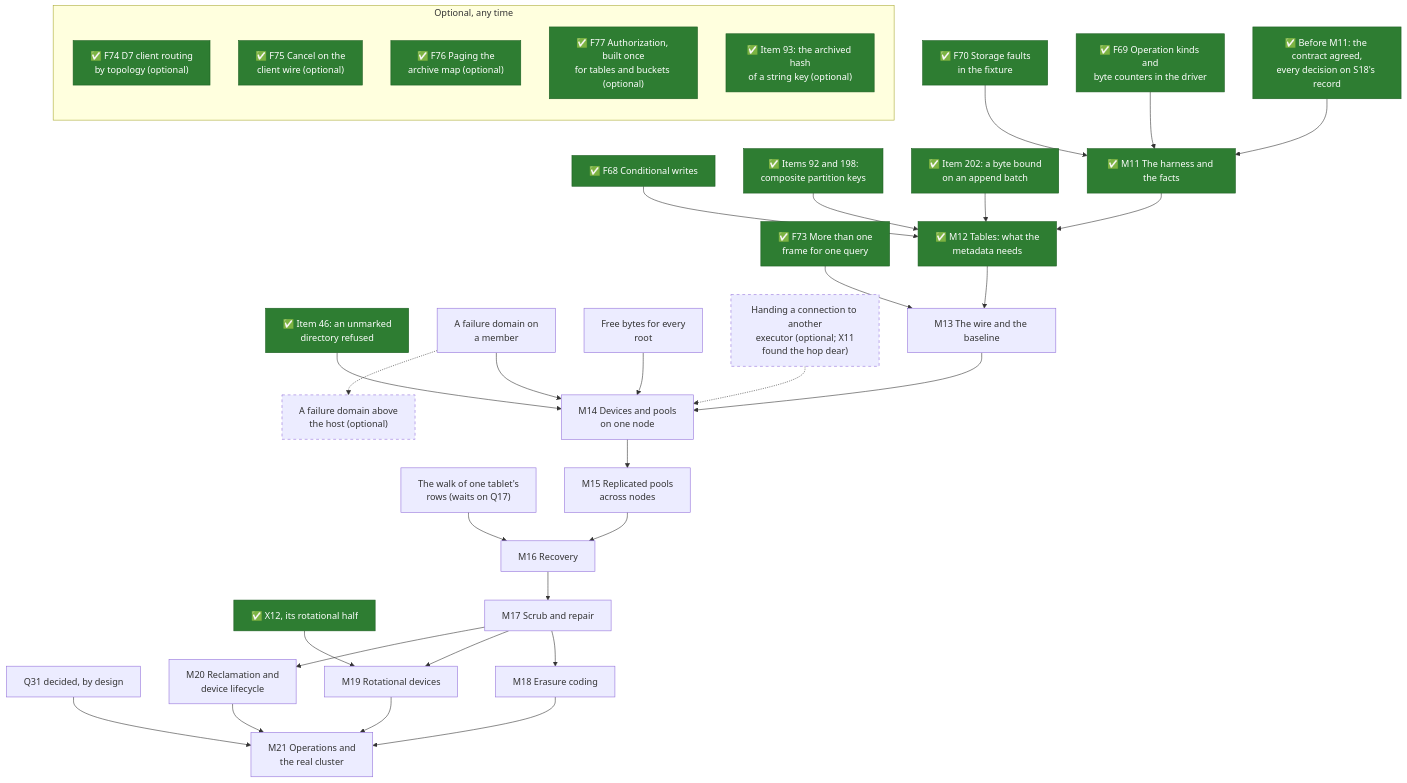
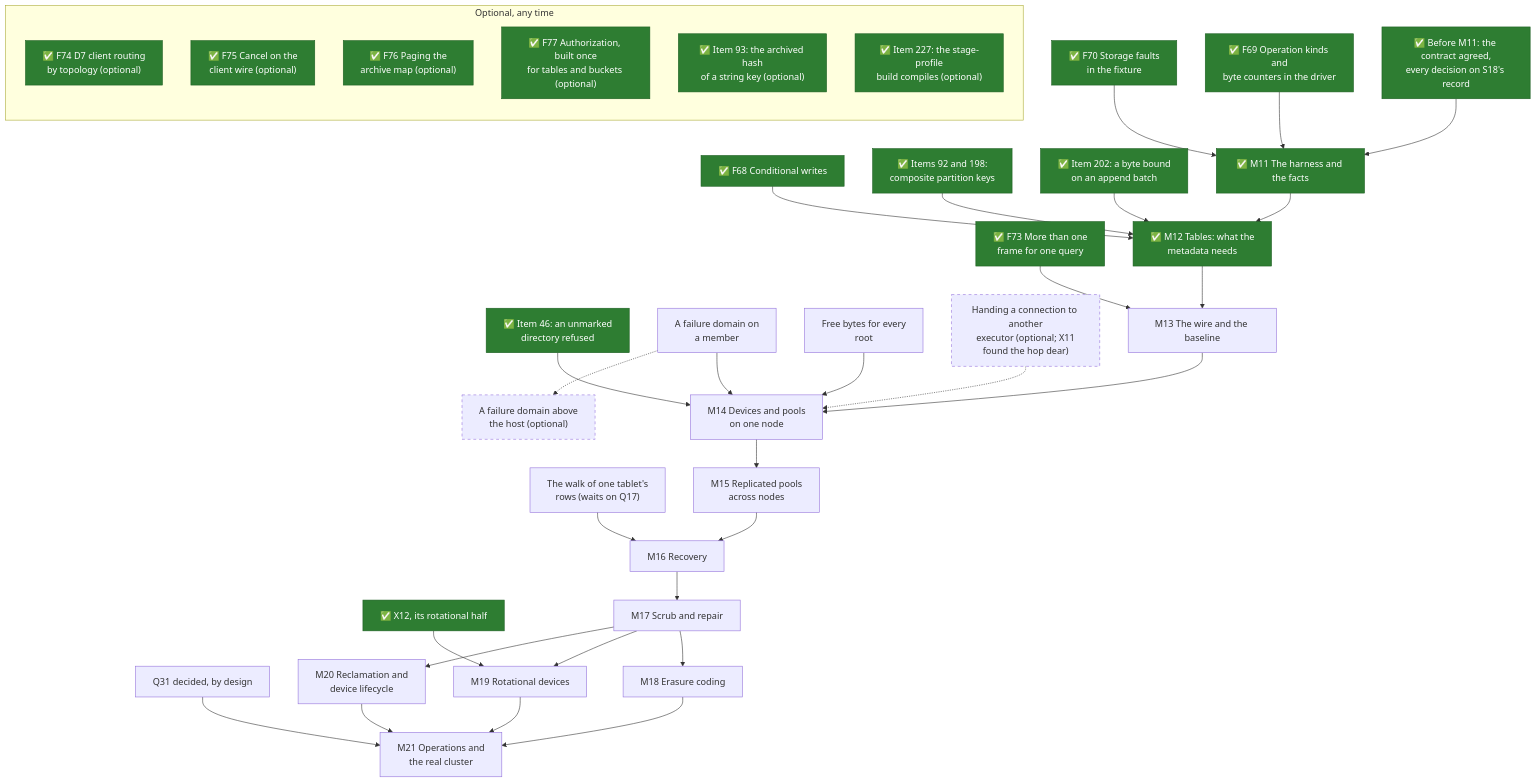
One commit to mjcarson/shoal changed the second of 2 diagrams in docs/src/object-storage/whats-left-todo.md. Above: the diagram before and after it, drawn with Mermaid. The commit also changed other lines of this file and 13 other files, not shown here.

````diff
--- a/docs/src/object-storage/whats-left-todo.md
+++ b/docs/src/object-storage/whats-left-todo.md
@@ -134,57 +136,58 @@
 ```mermaid
 flowchart TB
     classDef done fill:#2e7d32,stroke:#1b5e20,color:#ffffff
     classDef optional stroke-dasharray: 5 5
     Gate["✅ Before M11: the contract agreed,<br>every decision on S18's record"]:::done
     F69["✅ F69 Operation kinds and<br>byte counters in the driver"]:::done
     F70["✅ F70 Storage faults<br>in the fixture"]:::done
     F68["✅ F68 Conditional writes"]:::done
     I198["✅ Items 92 and 198:<br>composite partition keys"]:::done
     I202["✅ Item 202: a byte bound<br>on an append batch"]:::done
     I46["✅ Item 46: an unmarked<br>directory refused"]:::done
     Frames["✅ F73 More than one<br>frame for one query"]:::done
     Domain["A failure domain on<br>a member"]
     Free["Free bytes for every<br>root"]
     Walk["The walk of one tablet's<br>rows (waits on Q17)"]
     Handoff["Handing a connection to another<br>executor (optional; X11<br>found the hop dear)"]:::optional
     Rack["A failure domain above<br>the host (optional)"]:::optional
     X12r["✅ X12, its rotational half"]:::done
     Q31["Q31 decided, by design"]
     M11["✅ M11 The harness and the facts"]:::done
     M12["✅ M12 Tables: what the<br>metadata needs"]:::done
     M13["M13 The wire and the baseline"]
     M14["M14 Devices and pools<br>on one node"]
     M15["M15 Replicated pools<br>across nodes"]
     M16["M16 Recovery"]
     M17["M17 Scrub and repair"]
     M18["M18 Erasure coding"]
     M19["M19 Rotational devices"]
     M20["M20 Reclamation and<br>device lifecycle"]
     M21["M21 Operations and<br>the real cluster"]
     Gate --> M11 --> M12 --> M13 --> M14 --> M15 --> M16 --> M17
     M17 --> M18 --> M21
     M17 --> M19 --> M21
     M17 --> M20 --> M21
     F69 --> M11
     F70 --> M11
     F68 --> M12
     I198 --> M12
     I202 --> M12
     Frames --> M13
     I46 --> M14
     Domain --> M14
     Free --> M14
     Handoff -.-> M14
     Domain -.-> Rack
     Walk --> M16
     X12r --> M19
     Q31 --> M21
     subgraph anytime["Optional, any time"]
         direction TB
         D7["✅ F74 D7 client routing<br>by topology (optional)"]:::done
         Cancel["✅ F75 Cancel on the<br>client wire (optional)"]:::done
         Paging["✅ F76 Paging the<br>archive map (optional)"]:::done
         Authz["✅ F77 Authorization, built once<br>for tables and buckets (optional)"]:::done
         I93["✅ Item 93: the archived hash<br>of a string key (optional)"]:::done
+        I227["✅ Item 227: the stage-profile<br>build compiles (optional)"]:::done
     end
 ```
````
